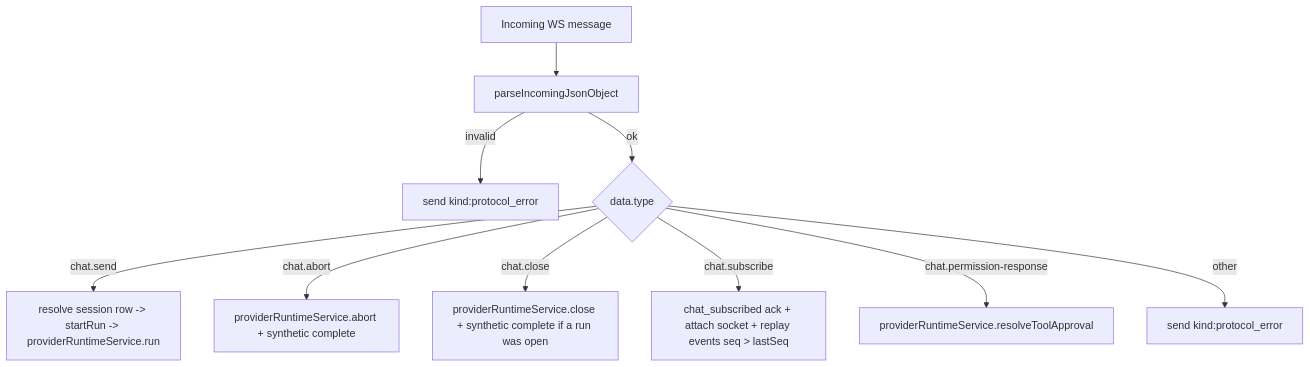
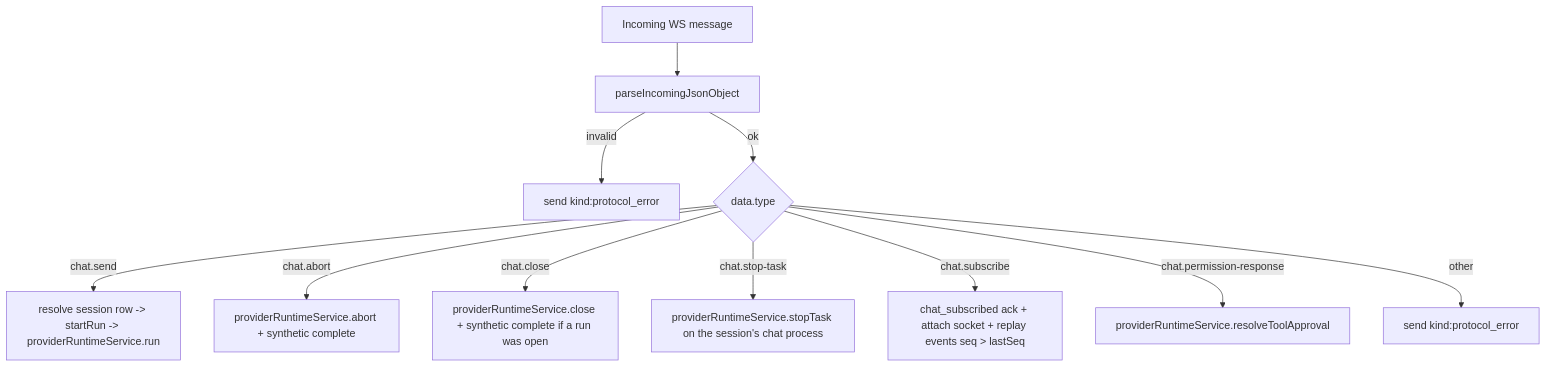
The third of 5 diagrams in server/modules/websocket/README.md (arnauddorgans/claudecodeui), drawn with Mermaid before and after one commit. The commit also changed other lines of this file and 1 other file, not shown here.

Commit message:
docs(providers): tasks, chat.stop-task and the agent transcript routes

````diff
--- a/server/modules/websocket/README.md
+++ b/server/modules/websocket/README.md
@@ -126,13 +126,14 @@
 ```mermaid
 flowchart TD
   A[Incoming WS message] --> B[parseIncomingJsonObject]
   B -->|invalid| C[send kind:protocol_error]
   B -->|ok| D{data.type}
 
   D -->|chat.send| E[resolve session row -> startRun -> providerRuntimeService.run]
   D -->|chat.abort| F[providerRuntimeService.abort + synthetic complete]
   D -->|chat.close| F2[providerRuntimeService.close + synthetic complete if a run was open]
+  D -->|chat.stop-task| F3[providerRuntimeService.stopTask on the session's chat process]
   D -->|chat.subscribe| G[chat_subscribed ack + attach socket + replay events seq > lastSeq]
   D -->|chat.permission-response| H[providerRuntimeService.resolveToolApproval]
   D -->|other| I[send kind:protocol_error]
 ```
````
